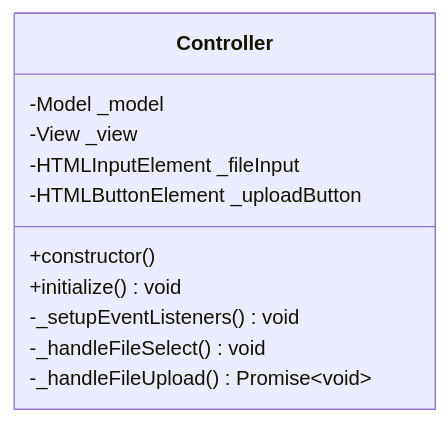
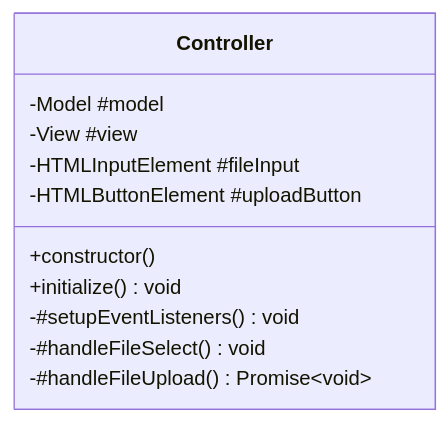
The second of 4 diagrams in HW1/JavaScript/README.md (ahmetcankaratas/transformer), drawn with Mermaid before and after one commit. The commit also changed other lines of this file and 3 other files, not shown here.

````diff
--- a/HW1/JavaScript/README.md
+++ b/HW1/JavaScript/README.md
@@ -96,14 +96,14 @@
 ```mermaid
 classDiagram
     class Controller {
-        -Model _model
-        -View _view
-        -HTMLInputElement _fileInput
-        -HTMLButtonElement _uploadButton
+        -Model #model
+        -View #view
+        -HTMLInputElement #fileInput
+        -HTMLButtonElement #uploadButton
         +constructor()
         +initialize() void
-        -_setupEventListeners() void
-        -_handleFileSelect() void
-        -_handleFileUpload() Promise~void~
+        -#setupEventListeners() void
+        -#handleFileSelect() void
+        -#handleFileUpload() Promise~void~
     }
 ```
````
